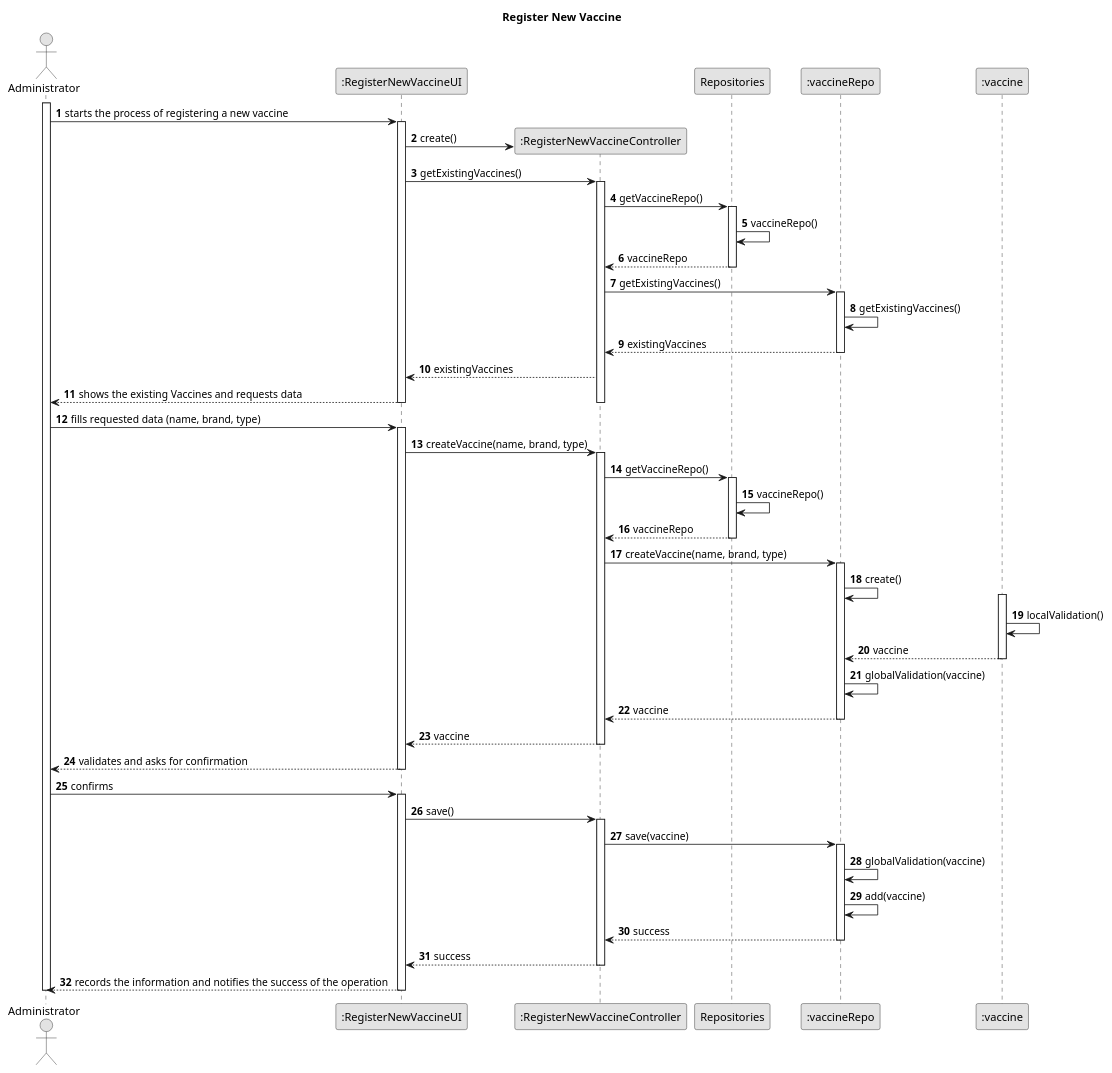
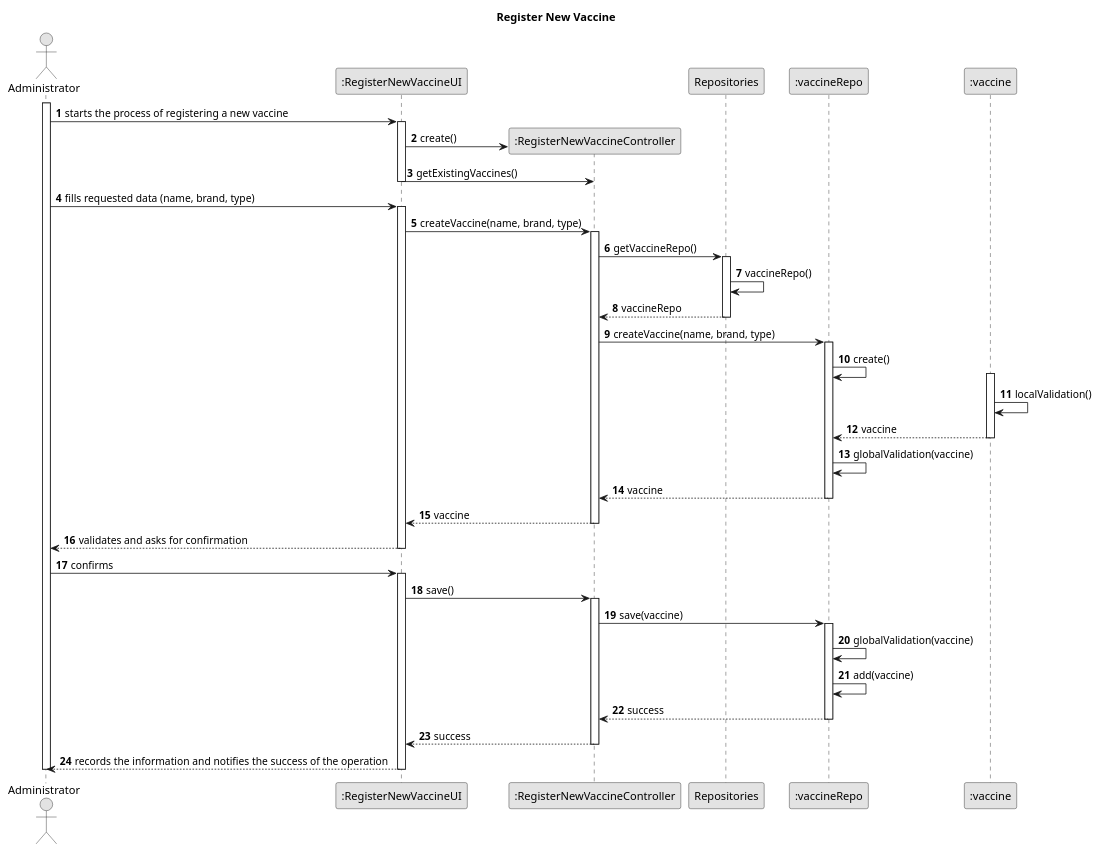
One commit to franciscomaia097/ProjectoPDS changed the diagram in sns-base/doc/global/use-cases/UC011/uc011-sd.puml. Above: the diagram before and after it, drawn with PlantUML. The commit also changed 13 other files, not shown here.

Commit message:
Fixed UML Models, added Registe User classes

```diff
--- a/sns-base/doc/global/use-cases/UC011/uc011-sd.puml
+++ b/sns-base/doc/global/use-cases/UC011/uc011-sd.puml
@@ -1,79 +1,66 @@
 @startuml
 skinparam monochrome true
 skinparam packageStyle rectangle
 skinparam shadowing false
 
 title Register New Vaccine
 
 autonumber
 
 actor Administrator
 participant ":RegisterNewVaccineUI" as ui
 participant ":RegisterNewVaccineController" as ctrl
 participant Repositories
 participant ":vaccineRepo" as vaccineRepo
 participant ":vaccine" as vaccine
 
 activate Administrator
 
     Administrator -> ui : starts the process of registering a new vaccine
     activate ui
         ui -> ctrl** : create()
         ui -> ctrl : getExistingVaccines()
-        activate ctrl
-            ctrl -> Repositories : getVaccineRepo()
-            activate Repositories
-                Repositories -> Repositories : vaccineRepo()
-                Repositories-->ctrl : vaccineRepo
-            deactivate Repositories
-            ctrl -> vaccineRepo : getExistingVaccines()
-            activate vaccineRepo
-                vaccineRepo -> vaccineRepo : getExistingVaccines()
-                vaccineRepo --> ctrl : existingVaccines
-            deactivate vaccineRepo
-            ctrl --> ui : existingVaccines
-            ui --> Administrator : shows the existing Vaccines and requests data
-        deactivate ctrl
+
     deactivate ui
 
     Administrator -> ui : fills requested data (name, brand, type)
     activate ui
         ui -> ctrl : createVaccine(name, brand, type)
         activate ctrl
             ctrl -> Repositories : getVaccineRepo()
             activate Repositories
                 Repositories -> Repositories : vaccineRepo()
                 Repositories --> ctrl : vaccineRepo
             deactivate Repositories
             ctrl -> vaccineRepo : createVaccine(name, brand, type)
             activate vaccineRepo
                 vaccineRepo -> vaccineRepo : create()
                 activate vaccine
                     vaccine -> vaccine : localValidation()
                     vaccine --> vaccineRepo : vaccine
                 deactivate vaccine
                 vaccineRepo -> vaccineRepo : globalValidation(vaccine)
                 vaccineRepo --> ctrl : vaccine
             deactivate vaccineRepo
             ctrl --> ui : vaccine
         deactivate ctrl
         ui --> Administrator : validates and asks for confirmation
     deactivate ui
 
     Administrator -> ui : confirms
     activate ui
         ui -> ctrl : save()
         activate ctrl
             ctrl -> vaccineRepo : save(vaccine)
             activate vaccineRepo
                 vaccineRepo -> vaccineRepo : globalValidation(vaccine)
                 vaccineRepo -> vaccineRepo : add(vaccine)
                 vaccineRepo --> ctrl : success
             deactivate vaccineRepo
             ctrl --> ui : success
         deactivate ctrl
         ui --> Administrator : records the information and notifies the success of the operation
     deactivate ui
 deactivate Administrator
 
 @enduml
```
